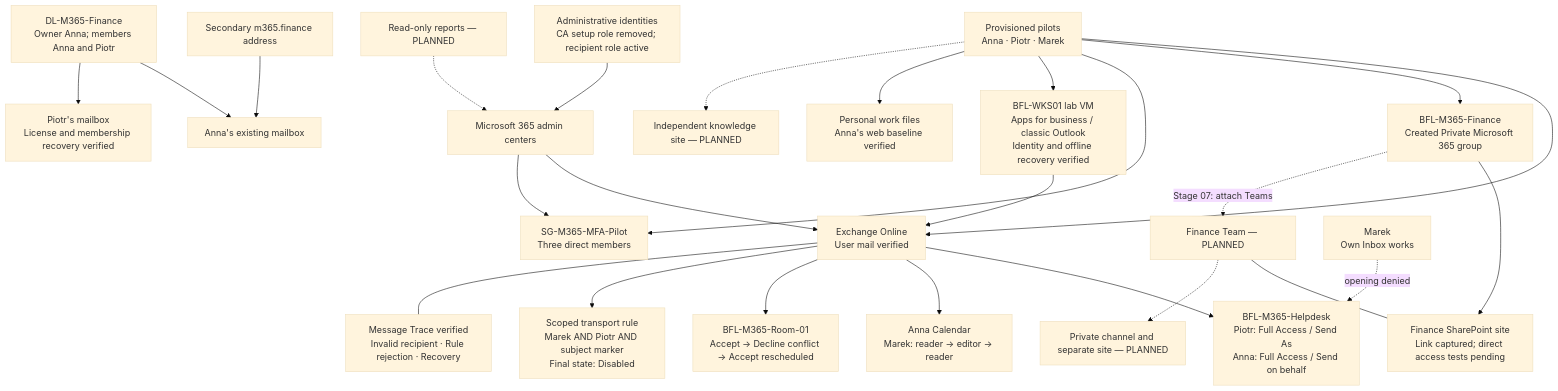
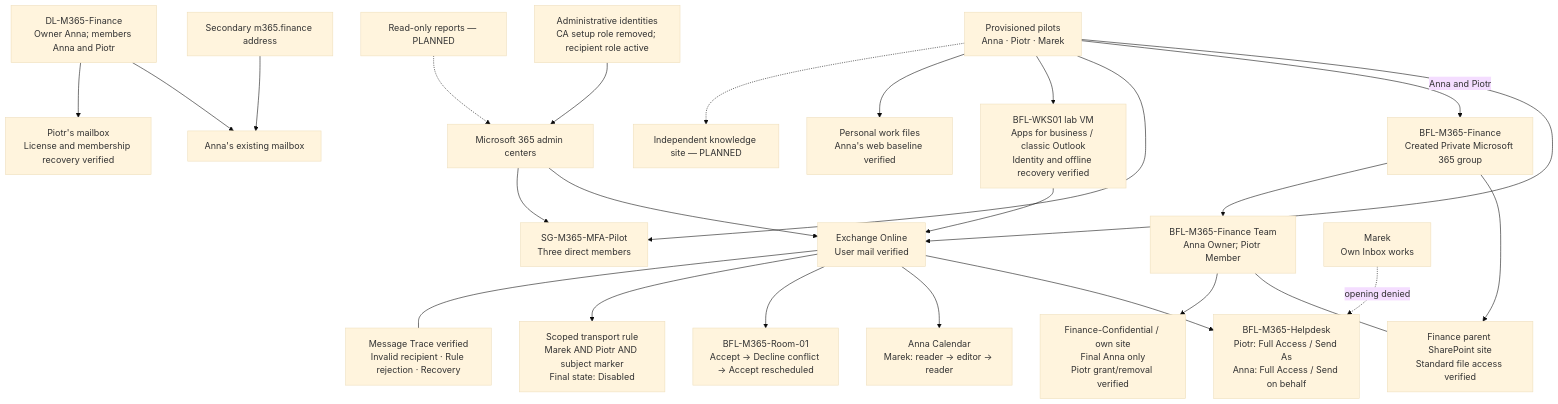
The diagram in docs/architecture.md (krzysztof-szot/m365-administration-support-project), drawn with Mermaid (base theme) before and after one commit. The commit also changed other lines of this file and 18 other files, not shown here.

Commit message:
Document Stage 07: private-channel boundaries and cross-device meeting

````diff
--- a/docs/architecture.md
+++ b/docs/architecture.md
@@ -5,27 +5,27 @@
 ```mermaid
 flowchart TB
     Admin["Administrative identities<br/>CA setup role removed; recipient role active"] --> Portal["Microsoft 365 admin centers"]
     Users["Provisioned pilots<br/>Anna · Piotr · Marek"] --> Exchange["Exchange Online<br/>User mail verified"]
     FinanceAlias["Secondary m365.finance address"] --> Anna["Anna's existing mailbox"]
     DL["DL-M365-Finance<br/>Owner Anna; members Anna and Piotr"] --> Anna
     DL --> Piotr["Piotr's mailbox<br/>License and membership recovery verified"]
-    Group["BFL-M365-Finance<br/>Created Private Microsoft 365 group"] --> Parent["Finance SharePoint site<br/>Link captured; direct access tests pending"]
-    Group -. "Stage 07: attach Teams" .-> Team["Finance Team — PLANNED"]
+    Group["BFL-M365-Finance<br/>Created Private Microsoft 365 group"] --> Parent["Finance parent SharePoint site<br/>Standard file access verified"]
+    Group --> Team["BFL-M365-Finance Team<br/>Anna Owner; Piotr Member"]
     Team --- Parent
-    Team -.-> Private["Private channel and separate site — PLANNED"]
-    Users --> Group
+    Team --> Private["Finance-Confidential / own site<br/>Final Anna only<br/>Piotr grant/removal verified"]
+    Users -->|Anna and Piotr| Group
     Users --> MFA["SG-M365-MFA-Pilot<br/>Three direct members"]
     Portal --> Exchange
     Portal --> MFA
     Desktop["BFL-WKS01 lab VM<br/>Apps for business / classic Outlook<br/>Identity and offline recovery verified"] --> Exchange
     Users --> Desktop
     Users --> OneDrive["Personal work files<br/>Anna's web baseline verified"]
     Exchange --> Helpdesk["BFL-M365-Helpdesk<br/>Piotr: Full Access / Send As<br/>Anna: Full Access / Send on behalf"]
     Marek["Marek<br/>Own Inbox works"] -. "opening denied" .-> Helpdesk
     Exchange --> Calendar["Anna Calendar<br/>Marek: reader → editor → reader"]
     Exchange --> Room["BFL-M365-Room-01<br/>Accept → Decline conflict → Accept rescheduled"]
     Exchange --> Rule["Scoped transport rule<br/>Marek AND Piotr AND subject marker<br/>Final state: Disabled"]
     Exchange --- Trace["Message Trace verified<br/>Invalid recipient · Rule rejection · Recovery"]
     Users -.-> Knowledge["Independent knowledge site — PLANNED"]
     Reports["Read-only reports — PLANNED"] -.-> Portal
 ```
````
